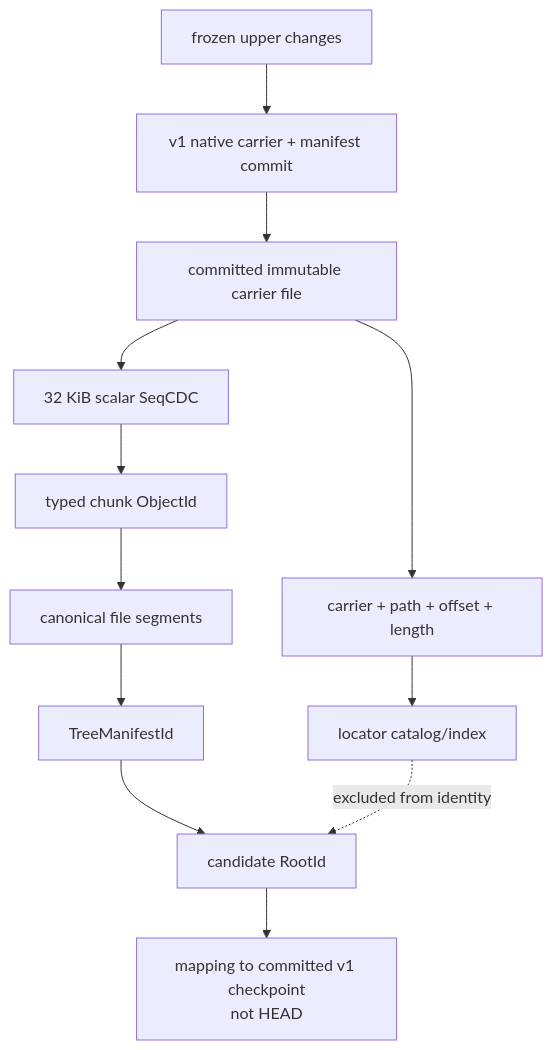
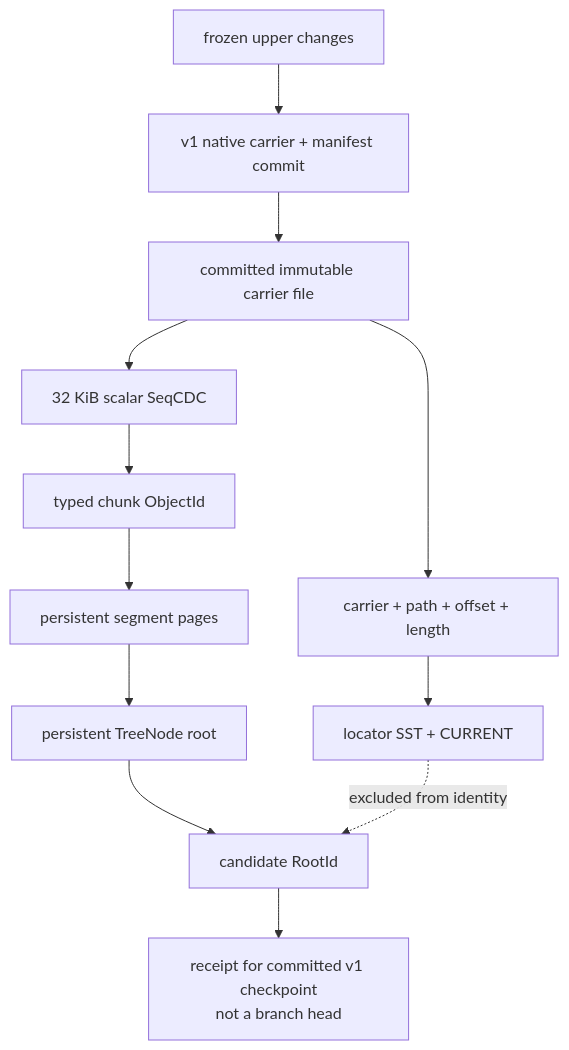
Before and after one commit to Ephemeral-AI-Lab/ephemeral-sandbox-docs: the second of 4 diagrams in implementation-plan/2.0 migration/phase 1/implementation/stage_04_shadow_cas_ingest/spec.md, drawn with Mermaid. The commit also changed other lines of this file and 35 other files, not shown here.

````diff
--- a/implementation-plan/2.0 migration/phase 1/implementation/stage_04_shadow_cas_ingest/spec.md
+++ b/implementation-plan/2.0 migration/phase 1/implementation/stage_04_shadow_cas_ingest/spec.md
@@ -491,14 +586,14 @@
 ```mermaid
 flowchart TB
   U["frozen upper changes"] --> VP["v1 native carrier + manifest commit"]
   VP --> FILE["committed immutable carrier file"]
   FILE --> CDC["32 KiB scalar SeqCDC"]
   CDC --> ID["typed chunk ObjectId"]
   FILE --> LOC["carrier + path + offset + length"]
-  ID --> SEG["canonical file segments"]
-  SEG --> TREE["TreeManifestId"]
+  ID --> SEG["persistent segment pages"]
+  SEG --> TREE["persistent TreeNode root"]
   TREE --> ROOT["candidate RootId"]
-  LOC --> CAT["locator catalog/index"]
-  CAT -. excluded from identity .-> ROOT
-  ROOT --> OBS["mapping to committed v1 checkpoint<br/>not HEAD"]
+  LOC --> SST["locator SST + CURRENT"]
+  SST -. excluded from identity .-> ROOT
+  ROOT --> OBS["receipt for committed v1 checkpoint<br/>not a branch head"]
 ```
````
